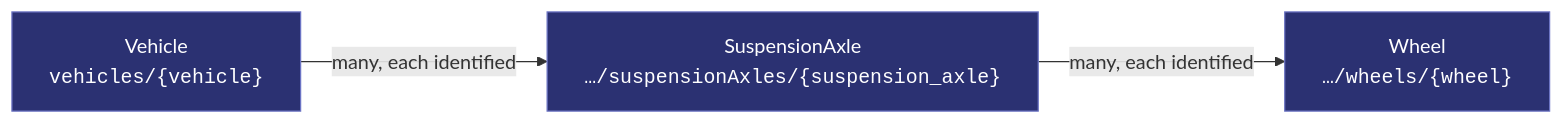
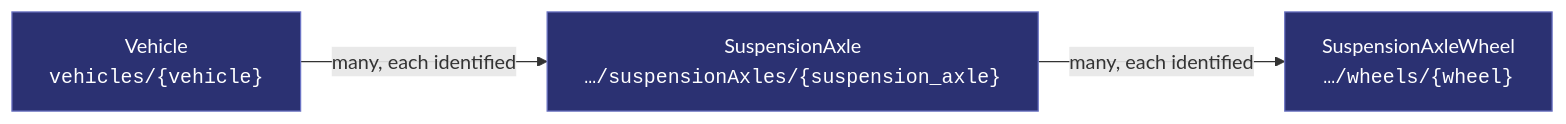
One commit to oh-tarnished/coversa-protobuf changed the first of 4 diagrams in protobuf/covesa/vss/motion/suspension_axle/README.md. Above: the diagram before and after it, drawn with Mermaid. The commit also changed 40 other files, not shown here.

First line of the commit message:
feat: Introduce BrakeAxleWheel and ChassisAxleWheel schemas

````diff
--- a/protobuf/covesa/vss/motion/suspension_axle/README.md
+++ b/protobuf/covesa/vss/motion/suspension_axle/README.md
@@ -18,13 +18,13 @@
 ```mermaid
 flowchart LR
   P["Vehicle<br/><code>vehicles/{vehicle}</code>"]
   R["SuspensionAxle<br/><code>…/suspensionAxles/{suspension_axle}</code>"]
-  C0["Wheel<br/><code>…/wheels/{wheel}</code>"]
+  C0["SuspensionAxleWheel<br/><code>…/wheels/{wheel}</code>"]
 
   P -->|"many, each identified"| R
   R -->|"many, each identified"| C0
 
   classDef res fill:#2B3172,stroke:#6C74C4,color:#fff;
   classDef emb fill:#1d2440,stroke:#4a5178,color:#cfd4ea;
   class R,P,C0 res;
 ```
````
